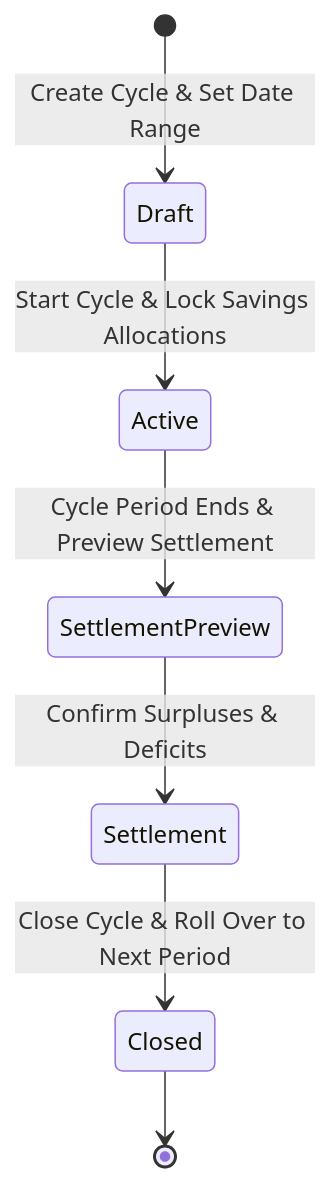
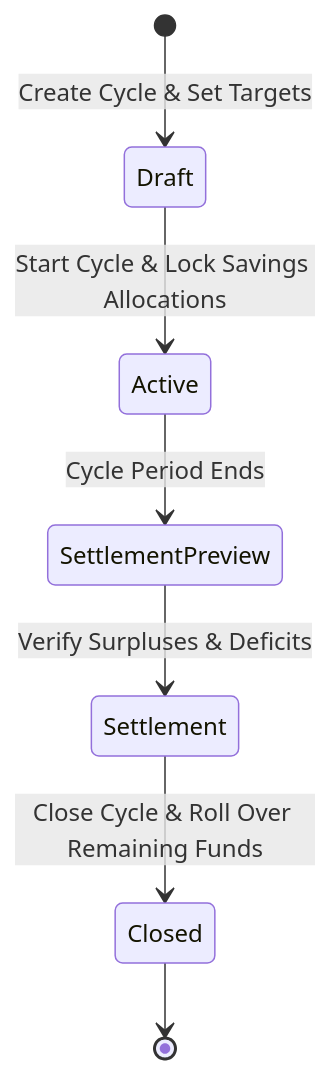
The third of 3 diagrams in README.md (mohammadbzoor/AlphaAPP), drawn with Mermaid before and after one commit. The commit also changed other lines of this file, not shown here.

````diff
--- a/README.md
+++ b/README.md
@@ -172,9 +168,9 @@
 ```mermaid
 stateDiagram-v2
-    [*] --> Draft : Create Cycle & Set Date Range
+    [*] --> Draft : Create Cycle & Set Targets
     Draft --> Active : Start Cycle & Lock Savings Allocations
-    Active --> SettlementPreview : Cycle Period Ends & Preview Settlement
-    SettlementPreview --> Settlement : Confirm Surpluses & Deficits
-    Settlement --> Closed : Close Cycle & Roll Over to Next Period
+    Active --> SettlementPreview : Cycle Period Ends
+    SettlementPreview --> Settlement : Verify Surpluses & Deficits
+    Settlement --> Closed : Close Cycle & Roll Over Remaining Funds
     Closed --> [*]
 ```
````
